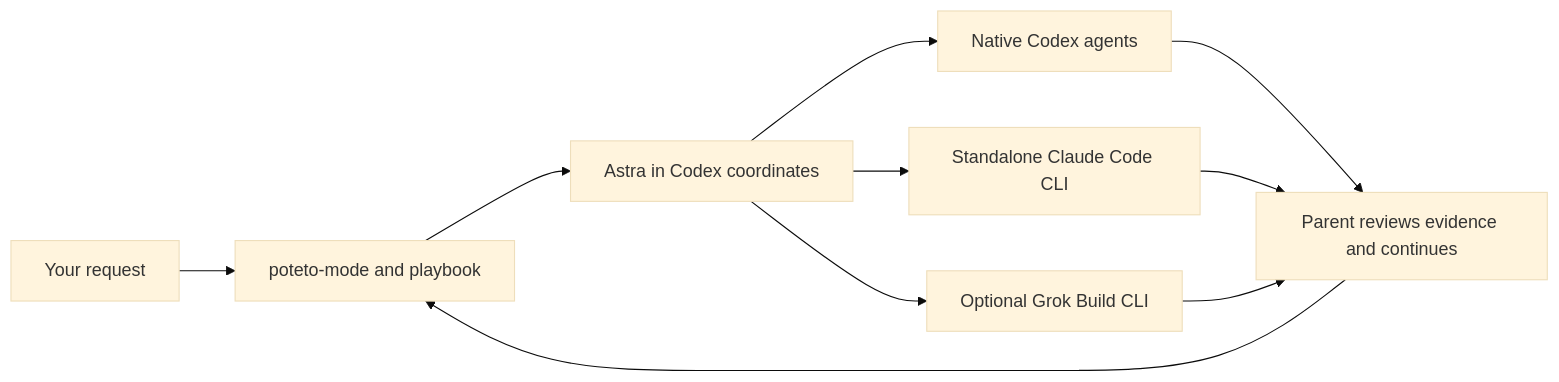
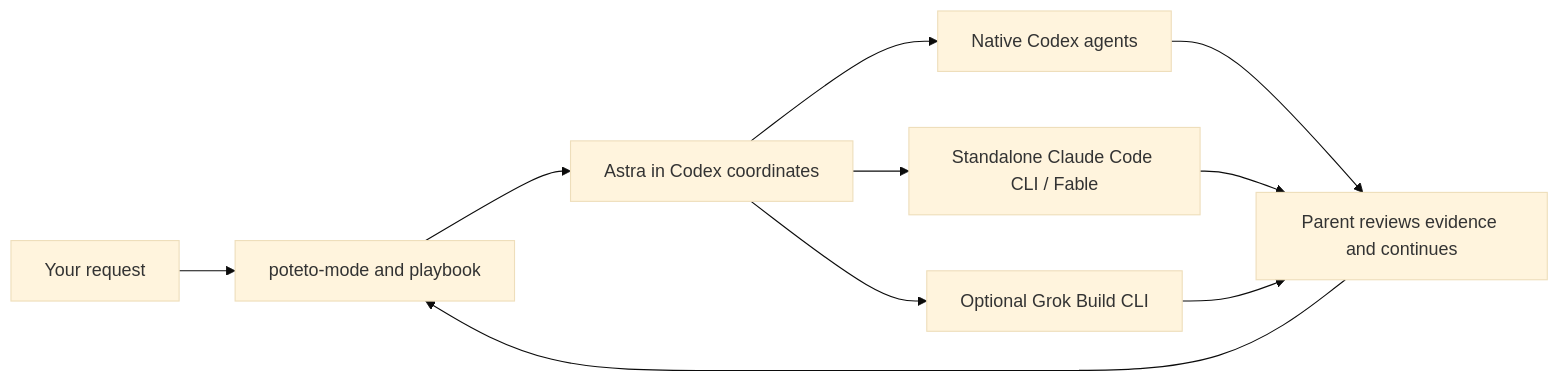
The diagram in README.md (J0UH/pstack-codex), drawn with Mermaid (base theme) before and after one commit. The commit also changed other lines of this file, not shown here.

````diff
--- a/README.md
+++ b/README.md
@@ -23,12 +27,12 @@
 ```mermaid
 flowchart LR
     U[Your request] --> P[poteto-mode and playbook]
     P --> A[Astra in Codex coordinates]
     A --> N[Native Codex agents]
-    A --> C[Standalone Claude Code CLI]
+    A --> C[Standalone Claude Code CLI / Fable]
     A --> G[Optional Grok Build CLI]
     N --> R[Parent reviews evidence and continues]
     C --> R
     G --> R
     R --> P
 ```
````
